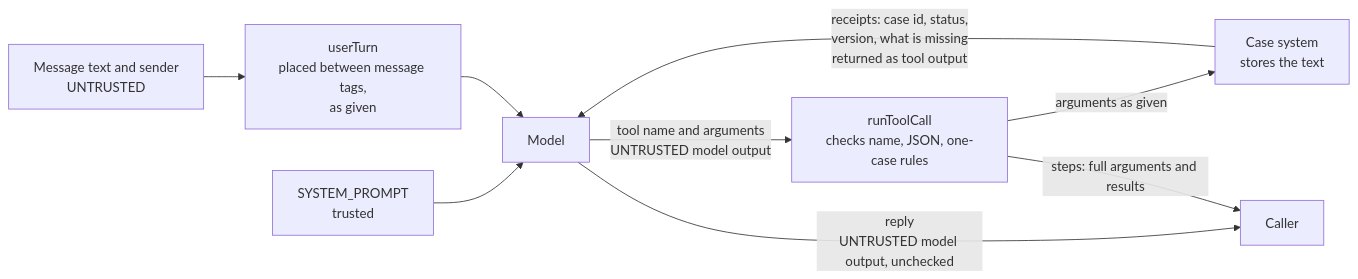
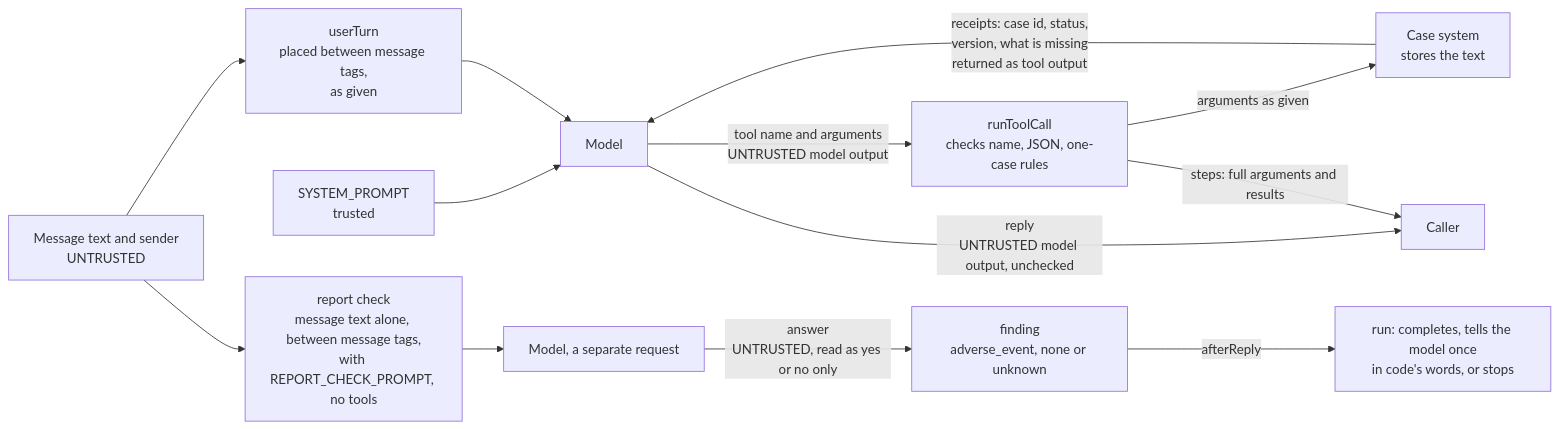
Before and after one commit to AndrewPHunter/ai-on-aws: the fourth of 4 diagrams in docs/architecture/intake-agent-handwritten.md, drawn with Mermaid. The commit also changed other lines of this file and 18 other files, not shown here.

First line of the commit message:
Intake agents: a report check before a run with no case may end completed

````diff
--- a/docs/architecture/intake-agent-handwritten.md
+++ b/docs/architecture/intake-agent-handwritten.md
@@ -263,11 +309,15 @@
 ```mermaid
 flowchart LR
     U["Message text and sender<br/>UNTRUSTED"] --> P["userTurn<br/>placed between message tags,<br/>as given"]
     SP["SYSTEM_PROMPT<br/>trusted"] --> MD["Model"]
     P --> MD
     MD -->|"tool name and arguments<br/>UNTRUSTED model output"| R["runToolCall<br/>checks name, JSON, one-case rules"]
     R -->|"arguments as given"| K["Case system<br/>stores the text"]
     K -->|"receipts: case id, status,<br/>version, what is missing<br/>returned as tool output"| MD
     MD -->|"reply<br/>UNTRUSTED model output, unchecked"| C["Caller"]
+    U --> RC["report check<br/>message text alone, between message tags,<br/>with REPORT_CHECK_PROMPT, no tools"]
+    RC --> MD2["Model, a separate request"]
+    MD2 -->|"answer<br/>UNTRUSTED, read as yes or no only"| F["finding<br/>adverse_event, none or unknown"]
+    F -->|"afterReply"| R2["run: completes, tells the model once<br/>in code's words, or stops"]
     R -->|"steps: full arguments and results"| C
 ```
````
